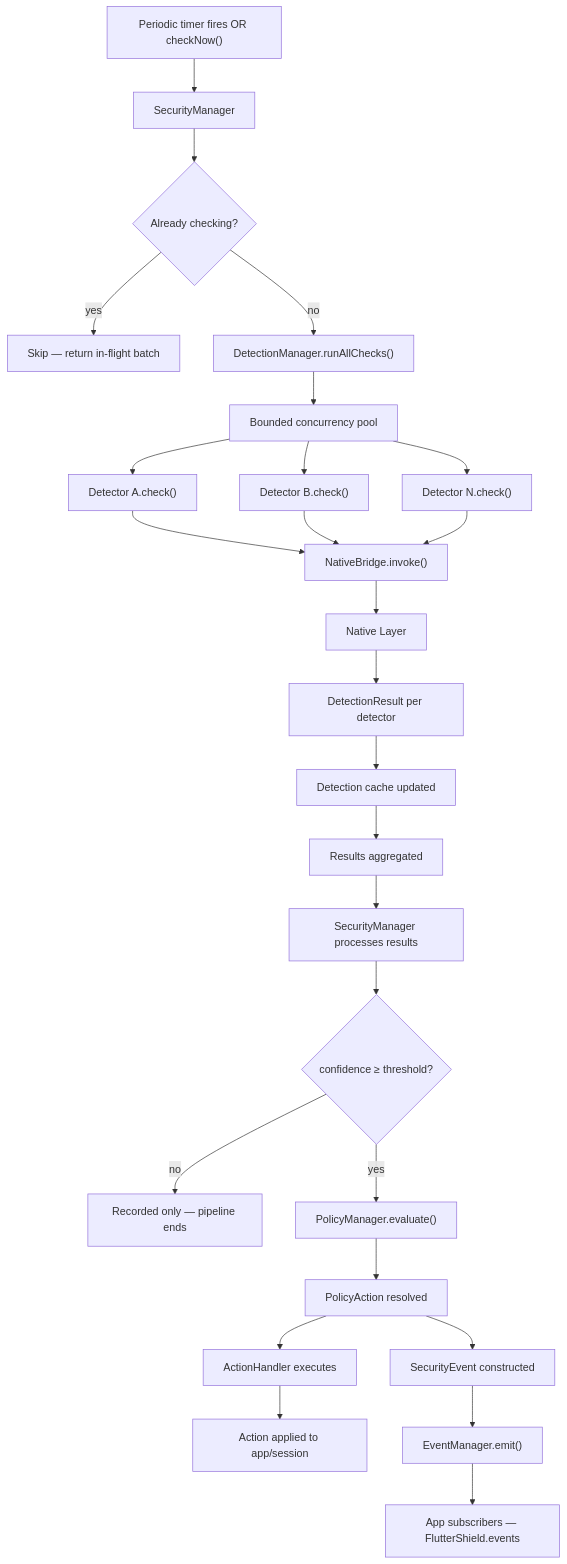
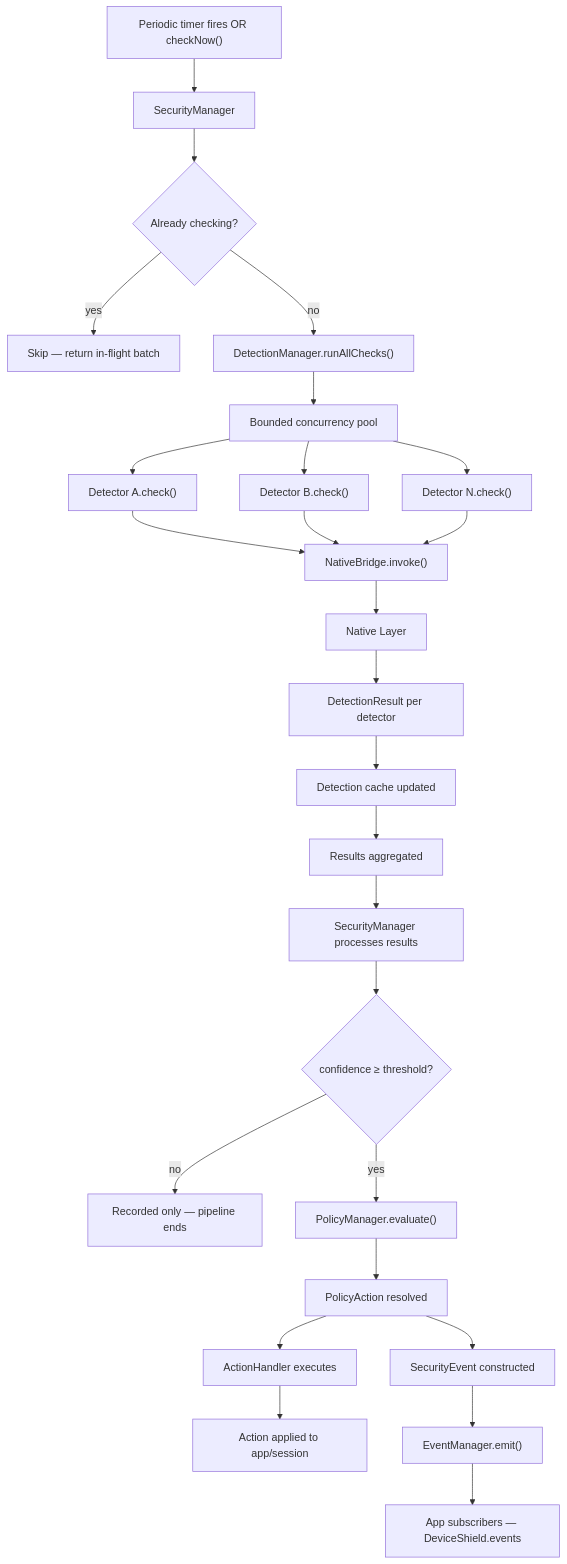
One commit to Vikaskumar75/device-shield changed the third of 6 diagrams in ARCHITECTURE.md. Above: the diagram before and after it, drawn with Mermaid. The commit also changed other lines of this file and 225 other files, not shown here.

First line of the commit message:
Add documentation for device_shield including FAQ, troubleshooting, installation, and platform setup

````diff
--- a/ARCHITECTURE.md
+++ b/ARCHITECTURE.md
@@ -131,28 +131,28 @@
 ```mermaid
 flowchart TD
     APP["Periodic timer fires OR checkNow()"] --> SM["SecurityManager"]
     SM --> GUARD{"Already checking?"}
     GUARD -->|yes| SKIP["Skip — return in-flight batch"]
     GUARD -->|no| DM["DetectionManager.runAllChecks()"]
     DM --> POOL["Bounded concurrency pool"]
     POOL --> D1["Detector A.check()"]
     POOL --> D2["Detector B.check()"]
     POOL --> D3["Detector N.check()"]
     D1 --> NB["NativeBridge.invoke()"]
     D2 --> NB
     D3 --> NB
     NB --> NAT["Native Layer"]
     NAT --> RES["DetectionResult per detector"]
     RES --> CACHE["Detection cache updated"]
     CACHE --> AGG["Results aggregated"]
     AGG --> SM2["SecurityManager processes results"]
     SM2 --> GATE{"confidence ≥ threshold?"}
     GATE -->|no| REC["Recorded only — pipeline ends"]
     GATE -->|yes| POL["PolicyManager.evaluate()"]
     POL --> ACT["PolicyAction resolved"]
     ACT --> EXEC["ActionHandler executes"]
     ACT --> EVTC["SecurityEvent constructed"]
     EXEC --> DONE["Action applied to app/session"]
     EVTC --> EM["EventManager.emit()"]
-    EM --> SUB["App subscribers — FlutterShield.events"]
+    EM --> SUB["App subscribers — DeviceShield.events"]
 ```
````
